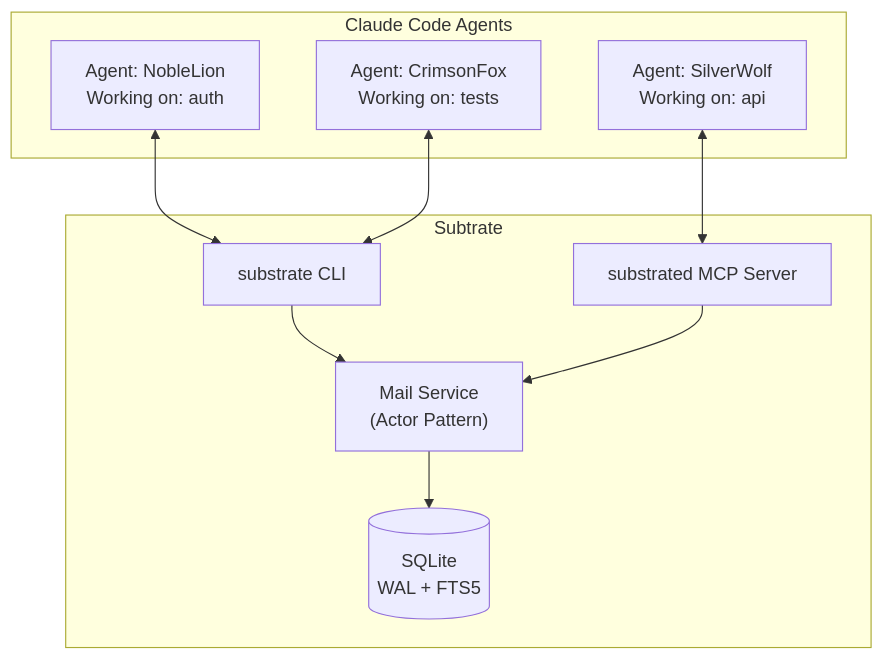
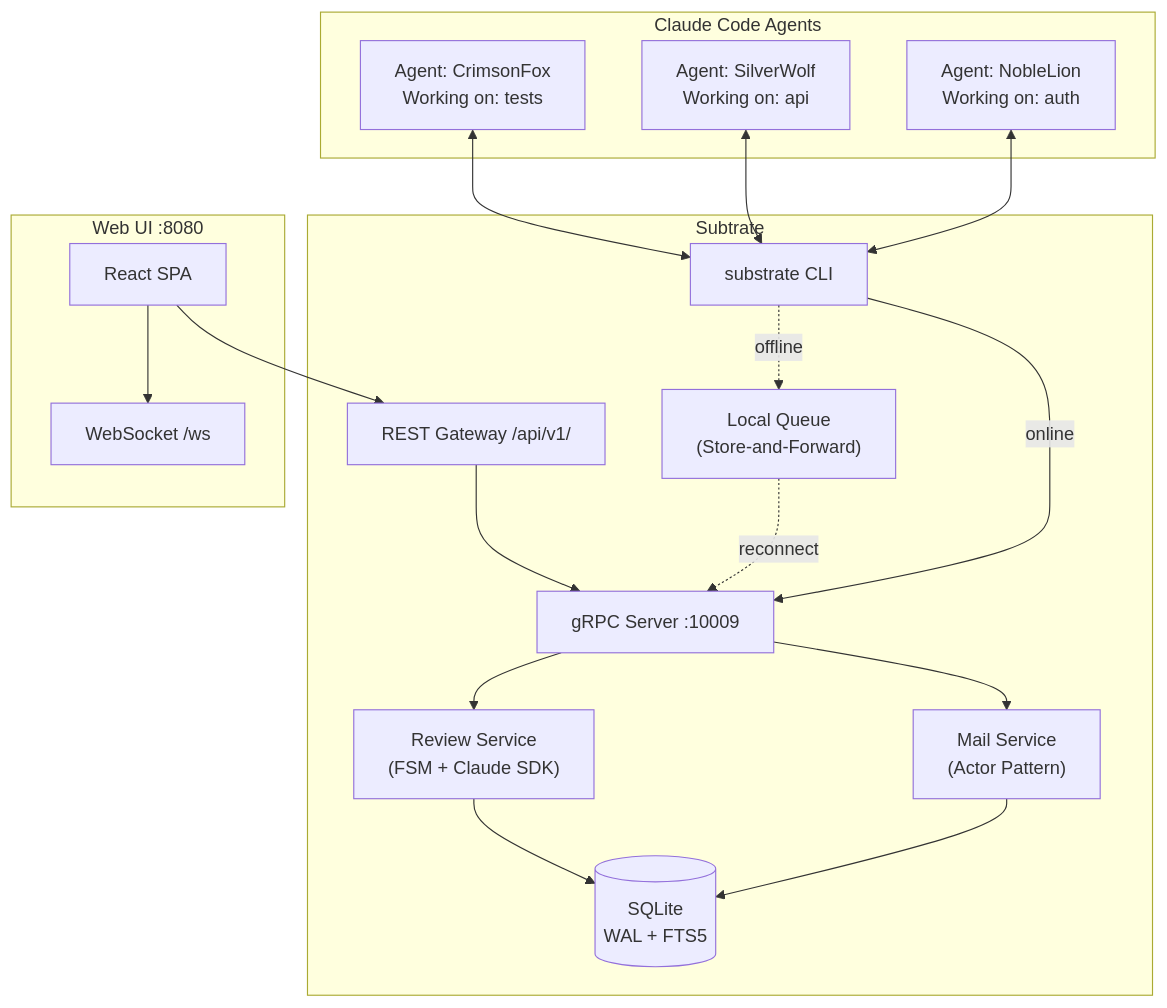
Before and after one commit to Roasbeef/substrate: the first of 2 diagrams in README.md, drawn with Mermaid. The commit also changed other lines of this file and 3 other files, not shown here.

````diff
--- a/README.md
+++ b/README.md
@@ -15,23 +17,38 @@
 ```mermaid
 flowchart TB
     subgraph Agents["Claude Code Agents"]
         A1["Agent: NobleLion<br/>Working on: auth"]
         A2["Agent: SilverWolf<br/>Working on: api"]
         A3["Agent: CrimsonFox<br/>Working on: tests"]
     end
 
     subgraph Subtrate["Subtrate"]
         CLI["substrate CLI"]
-        MCP["substrated MCP Server"]
+        GRPC["gRPC Server :10009"]
+        REST["REST Gateway /api/v1/"]
         Mail["Mail Service<br/>(Actor Pattern)"]
+        Review["Review Service<br/>(FSM + Claude SDK)"]
+        Queue["Local Queue<br/>(Store-and-Forward)"]
         DB[(SQLite<br/>WAL + FTS5)]
     end
 
+    subgraph Web["Web UI :8080"]
+        WEB["React SPA"]
+        WS["WebSocket /ws"]
+    end
+
     A1 <--> CLI
-    A2 <--> MCP
+    A2 <--> CLI
     A3 <--> CLI
 
-    CLI --> Mail
-    MCP --> Mail
+    CLI -->|online| GRPC
+    CLI -.->|offline| Queue
+    Queue -.->|reconnect| GRPC
+    GRPC --> Mail
+    GRPC --> Review
+    REST --> GRPC
+    WEB --> REST
+    WEB --> WS
     Mail --> DB
+    Review --> DB
 ```
````
